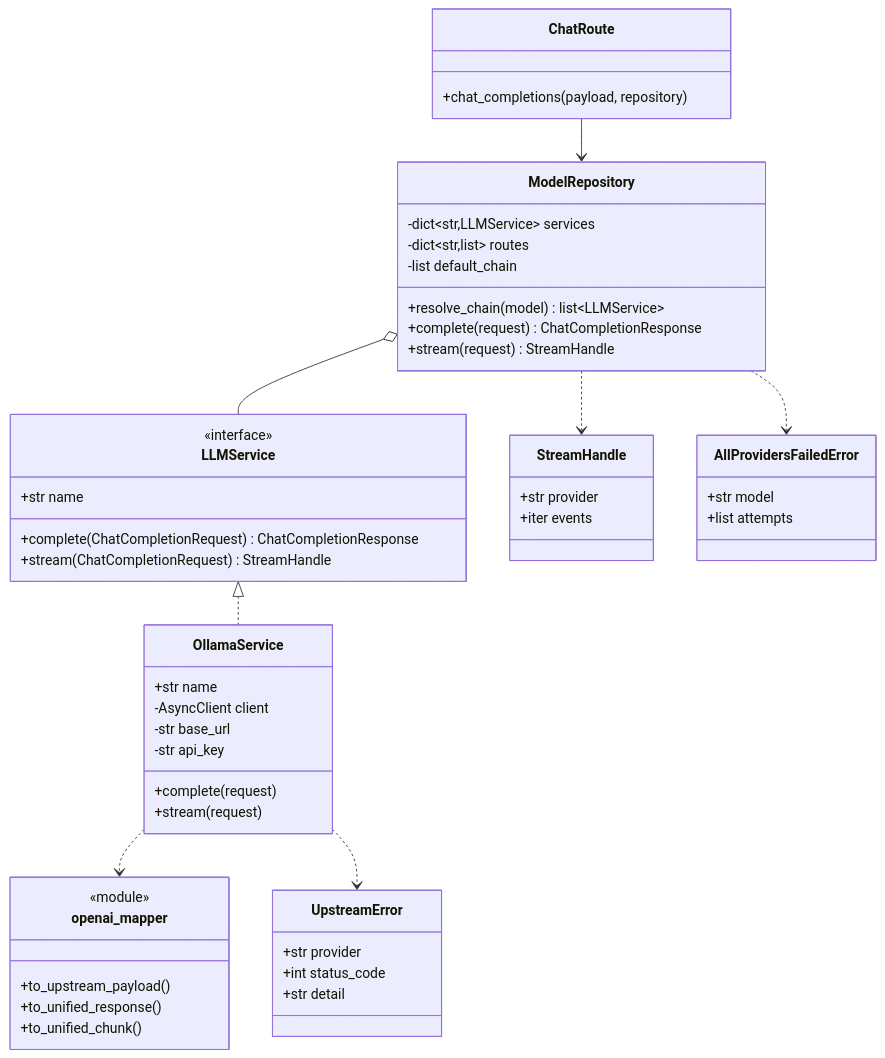
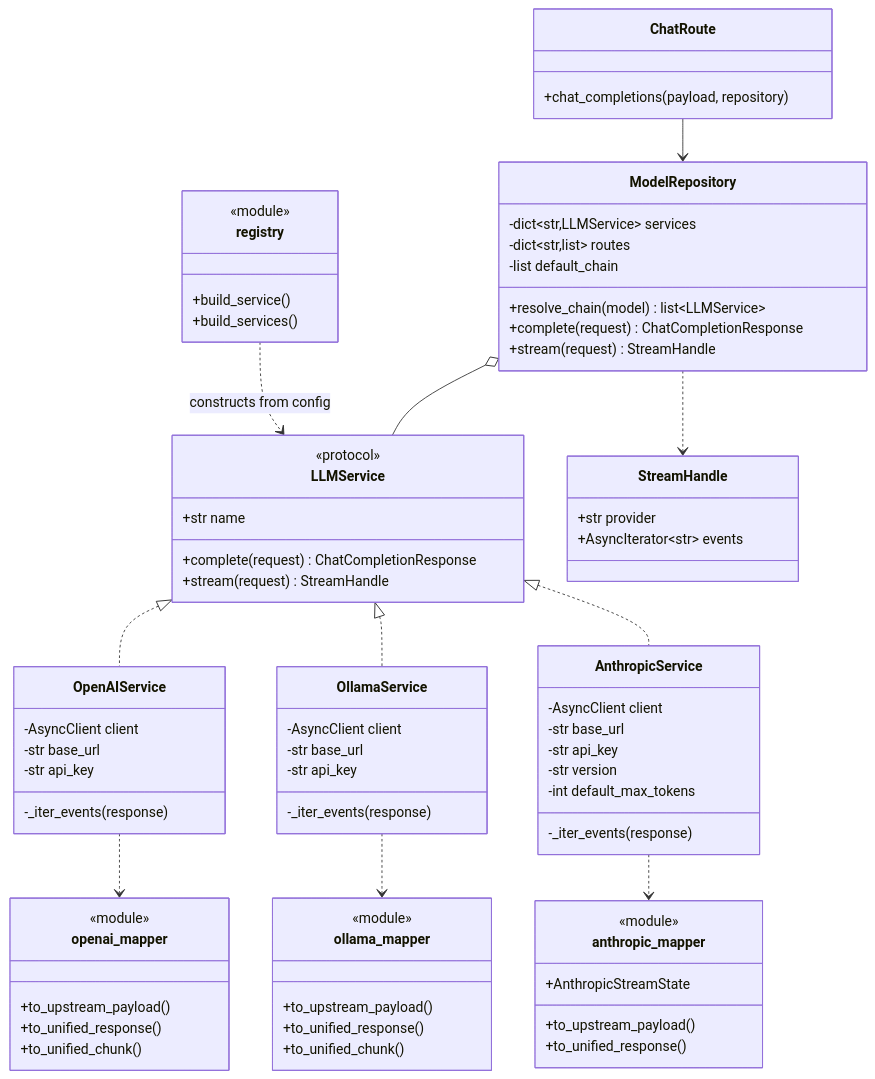
One commit to Shivam60/ic4-digital-ocean changed the second of 2 diagrams in README.md. Above: the diagram before and after it, drawn with Mermaid. The commit also changed other lines of this file and 6 other files, not shown here.

````diff
--- a/README.md
+++ b/README.md
@@ -41,19 +89,7 @@
 ```mermaid
 classDiagram
-    class LLMService {
-        <<interface>>
-        +str name
-        +complete(ChatCompletionRequest) ChatCompletionResponse
-        +stream(ChatCompletionRequest) StreamHandle
-    }
-
-    class OllamaService {
-        +str name
-        -AsyncClient client
-        -str base_url
-        -str api_key
-        +complete(request)
-        +stream(request)
+    class ChatRoute {
+        +chat_completions(payload, repository)
     }
 
     class ModelRepository {
@@ -65,13 +101,39 @@
         +stream(request) StreamHandle
     }
 
+    class LLMService {
+        <<protocol>>
+        +str name
+        +complete(request) ChatCompletionResponse
+        +stream(request) StreamHandle
+    }
+
     class StreamHandle {
         +str provider
-        +iter events
+        +AsyncIterator~str~ events
     }
 
-    class ChatRoute {
-        +chat_completions(payload, repository)
+    class OpenAIService {
+        -AsyncClient client
+        -str base_url
+        -str api_key
+        -_iter_events(response)
+    }
+
+    class OllamaService {
+        -AsyncClient client
+        -str base_url
+        -str api_key
+        -_iter_events(response)
+    }
+
+    class AnthropicService {
+        -AsyncClient client
+        -str base_url
+        -str api_key
+        -str version
+        -int default_max_tokens
+        -_iter_events(response)
     }
 
     class openai_mapper {
@@ -81,22 +143,34 @@
         +to_unified_chunk()
     }
 
-    class UpstreamError {
-        +str provider
-        +int status_code
-        +str detail
+    class ollama_mapper {
+        <<module>>
+        +to_upstream_payload()
+        +to_unified_response()
+        +to_unified_chunk()
     }
 
-    class AllProvidersFailedError {
-        +str model
-        +list attempts
+    class anthropic_mapper {
+        <<module>>
+        +to_upstream_payload()
+        +to_unified_response()
+        +AnthropicStreamState
     }
 
-    LLMService <|.. OllamaService
+    class registry {
+        <<module>>
+        +build_service()
+        +build_services()
+    }
+
     ChatRoute --> ModelRepository
     ModelRepository o-- LLMService
     ModelRepository ..> StreamHandle
-    ModelRepository ..> AllProvidersFailedError
-    OllamaService ..> openai_mapper
-    OllamaService ..> UpstreamError
+    LLMService <|.. OpenAIService
+    LLMService <|.. OllamaService
+    LLMService <|.. AnthropicService
+    OpenAIService ..> openai_mapper
+    OllamaService ..> ollama_mapper
+    AnthropicService ..> anthropic_mapper
+    registry ..> LLMService : constructs from config
 ```
````
